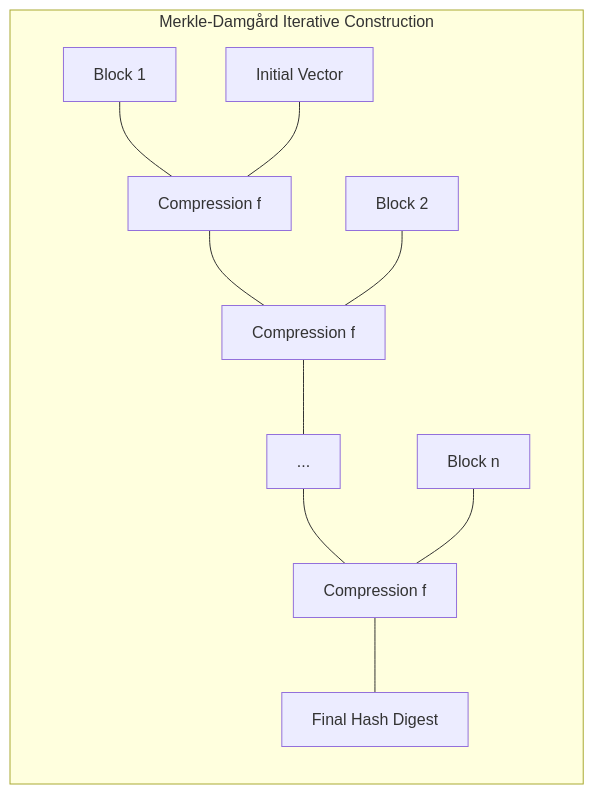
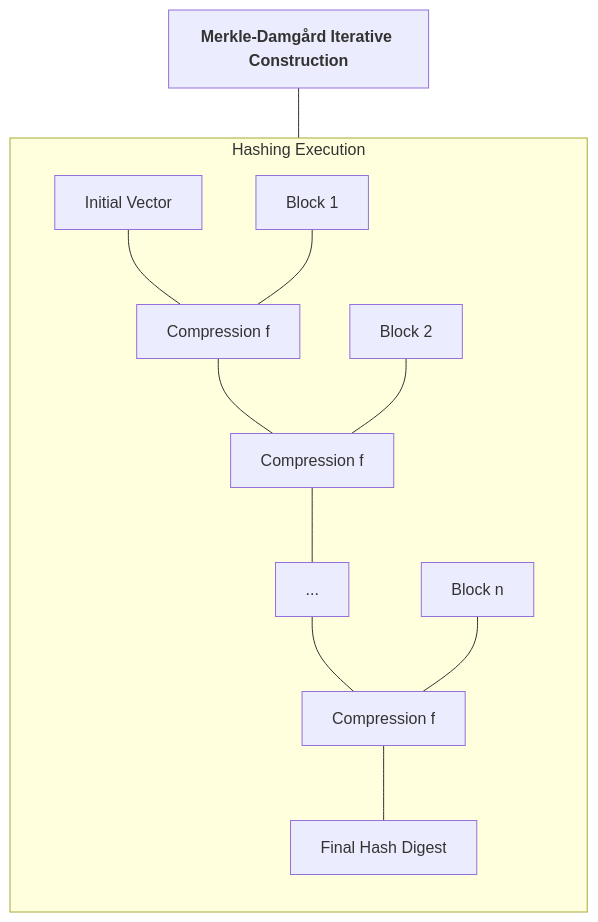
One commit to Amey-Thakur/PYTHON-SHORTS changed the second of 2 diagrams in Source Code/Hashing File/README.md. Above: the diagram before and after it, drawn with Mermaid.

Commit message:
Python Shorts

````diff
--- a/Source Code/Hashing File/README.md
+++ b/Source Code/Hashing File/README.md
@@ -64,14 +64,17 @@
 ```mermaid
-graph TD
-    subgraph MerkleDamgard ["Merkle-Damgård Iterative Construction"]
+flowchart TD
+    Title["<b>Merkle-Damgård Iterative Construction</b>"]
+    Title --- IV
+    
+    subgraph Process ["Hashing Execution"]
         direction TB
-        B1["Block 1"] --- F1["Compression f"]
-        IV["Initial Vector"] --- F1
+        IV["Initial Vector"] --- F1["Compression f"]
+        B1["Block 1"] --- F1
         F1 --- F2["Compression f"]
         B2["Block 2"] --- F2
         F2 --- F3["..."]
         F3 --- FN["Compression f"]
         BN["Block n"] --- FN
         FN --- Digest["Final Hash Digest"]
     end
 ```
````
